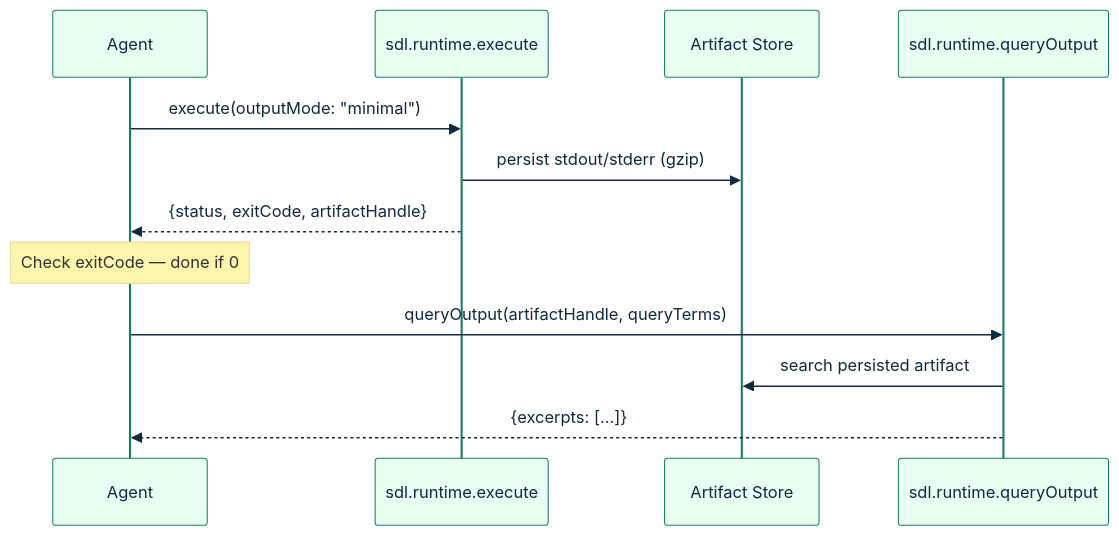
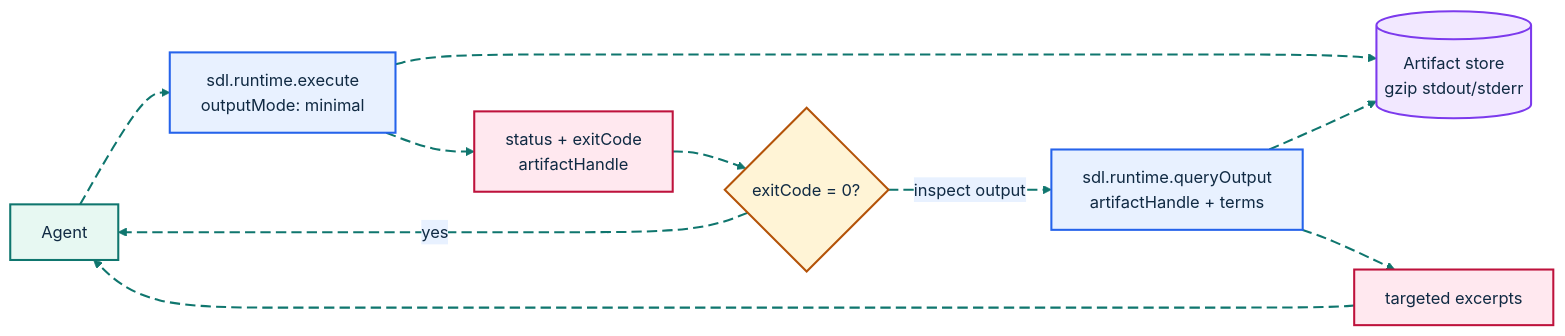
Before and after one commit to GlitterKill/sdl-mcp: the diagram in docs/feature-deep-dives/runtime-execution.md, drawn with Mermaid. The commit also changed other lines of this file and 33 other files, not shown here.

First line of the commit message:
docs: update mermaid diagram themes and styling across documentation

````diff
--- a/docs/feature-deep-dives/runtime-execution.md
+++ b/docs/feature-deep-dives/runtime-execution.md
@@ -138,17 +51,35 @@
 ```mermaid
-%%{init: {"theme":"base","themeVariables":{"primaryColor":"#e8fff1","primaryBorderColor":"#157f5b","primaryTextColor":"#102a43","secondaryColor":"#eef6ff","secondaryBorderColor":"#2563eb","tertiaryColor":"#fff4d6","tertiaryBorderColor":"#b45309","lineColor":"#157f5b","fontFamily":"Trebuchet MS, Arial"},"flowchart":{"curve":"basis"}}}%%
-sequenceDiagram
-    participant Agent
-    participant SDL as sdl.runtime.execute
-    participant Store as Artifact Store
-    participant Query as sdl.runtime.queryOutput
+%%{init: {"theme":"base","themeVariables":{"background":"#ffffff","primaryColor":"#E7F8F2","primaryBorderColor":"#0F766E","primaryTextColor":"#102A43","secondaryColor":"#E8F1FF","secondaryBorderColor":"#2563EB","secondaryTextColor":"#102A43","tertiaryColor":"#FFF4D6","tertiaryBorderColor":"#B45309","tertiaryTextColor":"#102A43","lineColor":"#0F766E","textColor":"#102A43","fontFamily":"Inter, ui-sans-serif, system-ui, -apple-system, BlinkMacSystemFont, Segoe UI, sans-serif"},"flowchart":{"curve":"basis","htmlLabels":true}}}%%
+flowchart LR
+    Agent["Agent"]
+    Execute["sdl.runtime.execute<br/>outputMode: minimal"]
+    Store[("Artifact store<br/>gzip stdout/stderr")]
+    Status["status + exitCode<br/>artifactHandle"]
+    Decision{"exitCode = 0?"}
+    Query["sdl.runtime.queryOutput<br/>artifactHandle + terms"]
+    Excerpts["targeted excerpts"]
 
-    Agent->>SDL: execute(outputMode: "minimal")
-    SDL->>Store: persist stdout/stderr (gzip)
-    SDL-->>Agent: {status, exitCode, artifactHandle}
-    Note over Agent: Check exitCode — done if 0
+    Agent e1@--> Execute
+    Execute e2@--> Store
+    Execute e3@--> Status
+    Status e4@--> Decision
+    Decision e5@-->|yes| Agent
+    Decision e6@-->|inspect output| Query
+    Query e7@--> Store
+    Query e8@--> Excerpts
+    Excerpts e9@--> Agent
 
-    Agent->>Query: queryOutput(artifactHandle, queryTerms)
-    Query->>Store: search persisted artifact
-    Query-->>Agent: {excerpts: [...]}
+    classDef source fill:#E7F8F2,stroke:#0F766E,stroke-width:2px,color:#102A43;
+    classDef process fill:#E8F1FF,stroke:#2563EB,stroke-width:2px,color:#102A43;
+    classDef decision fill:#FFF4D6,stroke:#B45309,stroke-width:2px,color:#102A43;
+    classDef storage fill:#F2E8FF,stroke:#7C3AED,stroke-width:2px,color:#102A43;
+    classDef output fill:#FFE8EF,stroke:#BE123C,stroke-width:2px,color:#102A43;
+    classDef muted fill:#F8FAFC,stroke:#64748B,stroke-width:1px,color:#102A43;
+    classDef animate stroke:#0F766E,stroke-width:2px,stroke-dasharray:10\,5,stroke-dashoffset:900,animation:dash 22s linear infinite;
+    class Agent source;
+    class Execute,Query process;
+    class Store storage;
+    class Decision decision;
+    class Status,Excerpts output;
+    class e1,e2,e3,e4,e5,e6,e7,e8,e9 animate;
 ```
````
